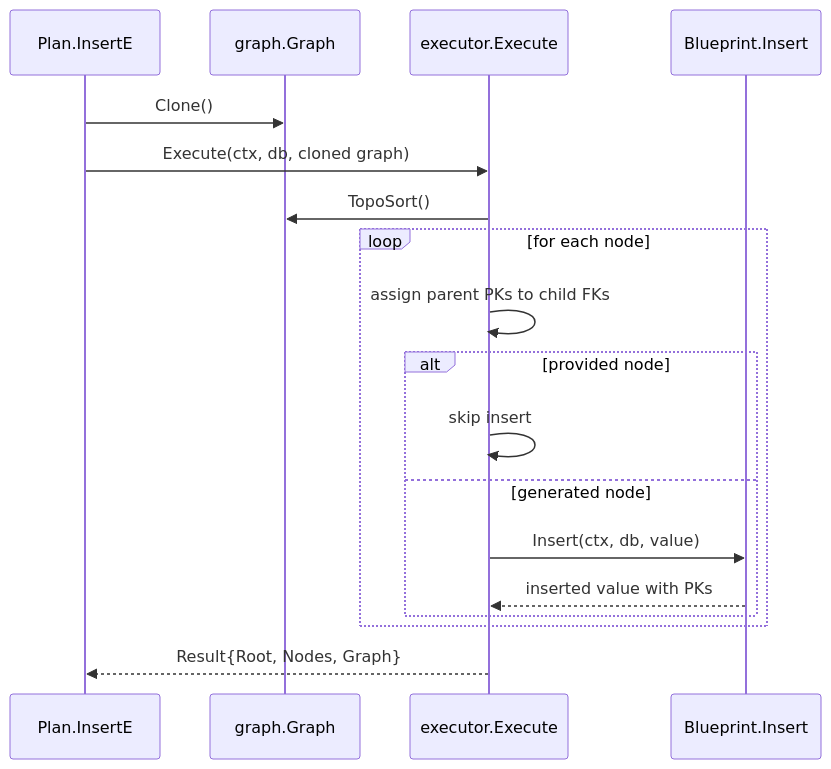
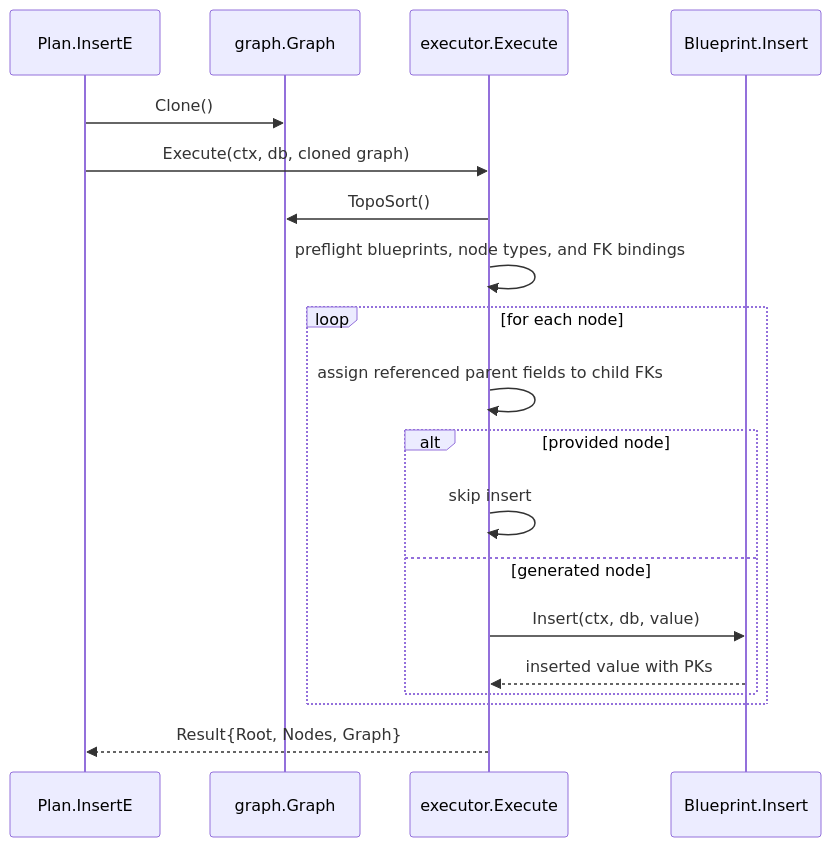
One commit to mhiro2/seedling changed the third of 4 diagrams in ARCHITECTURE.md. Above: the diagram before and after it, drawn with Mermaid. The commit also changed other lines of this file and 4 other files, not shown here.

````diff
--- a/ARCHITECTURE.md
+++ b/ARCHITECTURE.md
@@ -112,21 +112,22 @@
 ```mermaid
 sequenceDiagram
     participant API as Plan.InsertE
     participant G as graph.Graph
     participant X as executor.Execute
     participant DB as Blueprint.Insert
 
     API->>G: Clone()
     API->>X: Execute(ctx, db, cloned graph)
     X->>G: TopoSort()
+    X->>X: preflight blueprints, node types, and FK bindings
     loop for each node
-        X->>X: assign parent PKs to child FKs
+        X->>X: assign referenced parent fields to child FKs
         alt provided node
             X->>X: skip insert
         else generated node
             X->>DB: Insert(ctx, db, value)
             DB-->>X: inserted value with PKs
         end
     end
     X-->>API: Result{Root, Nodes, Graph}
 ```
````
